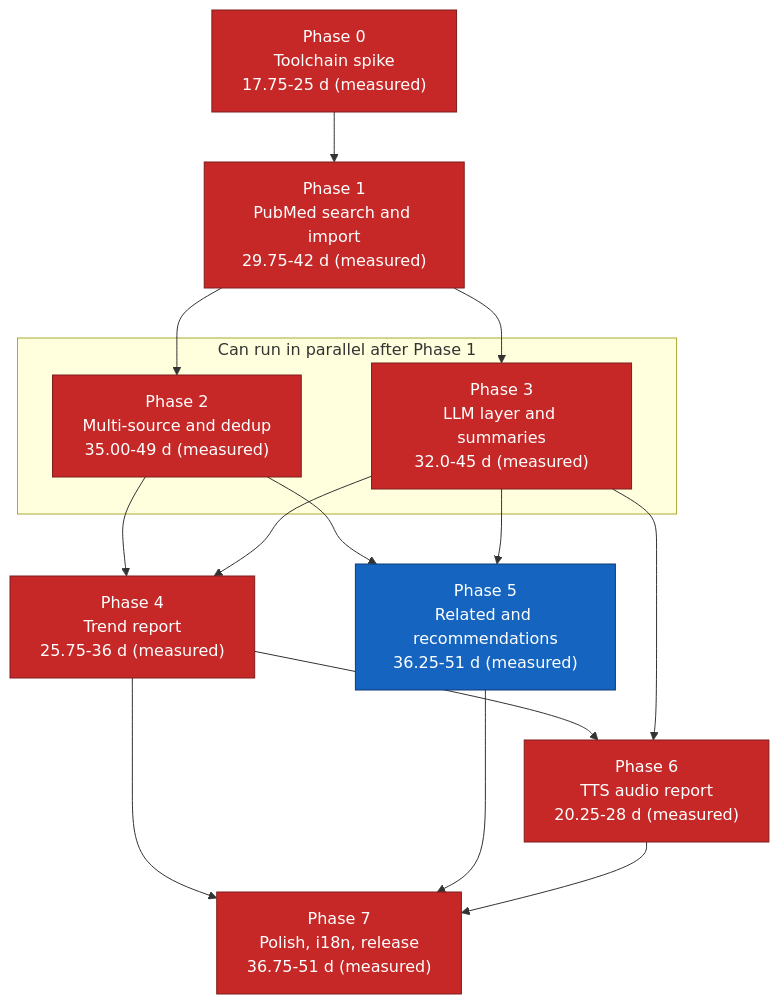
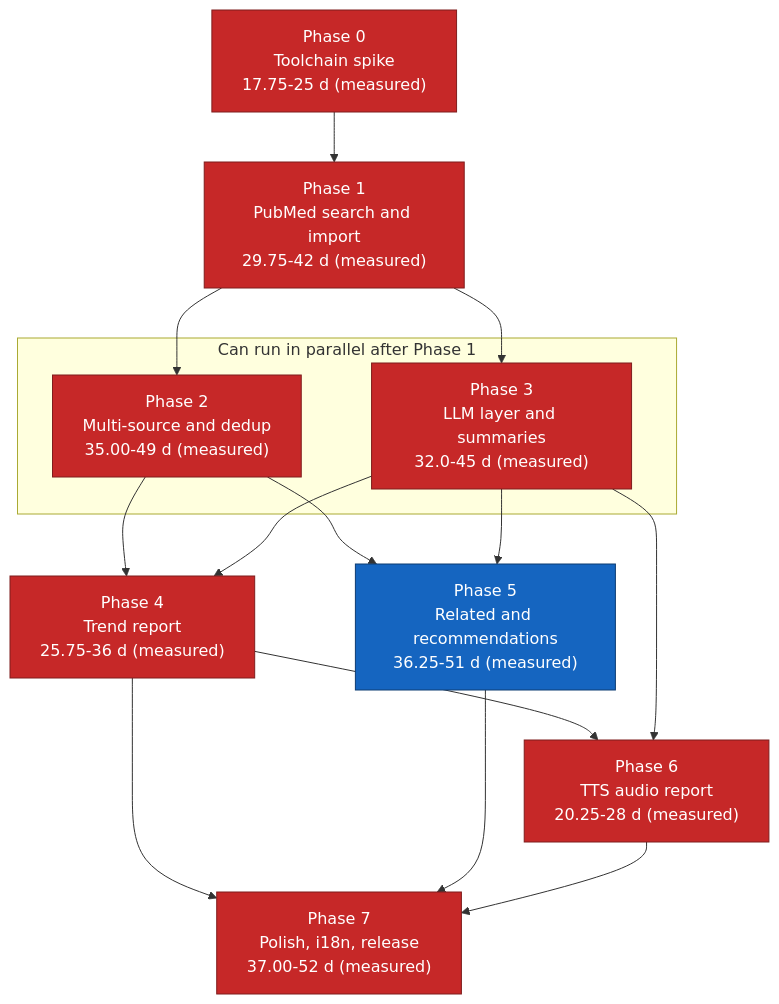
One commit to suppakoko/research_helper changed the diagram in docs/11-implementation-roadmap.md. Above: the diagram before and after it, drawn with Mermaid. The commit also changed other lines of this file and 6 other files, not shown here.

````diff
--- a/docs/11-implementation-roadmap.md
+++ b/docs/11-implementation-roadmap.md
@@ -327,34 +327,34 @@
 ```mermaid
 graph TD
     P0["Phase 0<br/>Toolchain spike<br/>17.75-25 d (measured)"]
     P1["Phase 1<br/>PubMed search and import<br/>29.75-42 d (measured)"]
     P2["Phase 2<br/>Multi-source and dedup<br/>35.00-49 d (measured)"]
     P3["Phase 3<br/>LLM layer and summaries<br/>32.0-45 d (measured)"]
     P4["Phase 4<br/>Trend report<br/>25.75-36 d (measured)"]
     P5["Phase 5<br/>Related and recommendations<br/>36.25-51 d (measured)"]
     P6["Phase 6<br/>TTS audio report<br/>20.25-28 d (measured)"]
-    P7["Phase 7<br/>Polish, i18n, release<br/>36.75-51 d (measured)"]
+    P7["Phase 7<br/>Polish, i18n, release<br/>37.00-52 d (measured)"]
 
     P0 --> P1
     P1 --> P2
     P1 --> P3
     P2 --> P4
     P3 --> P4
     P2 --> P5
     P3 --> P5
     P4 --> P6
     P3 --> P6
     P4 --> P7
     P5 --> P7
     P6 --> P7
 
     subgraph parallel["Can run in parallel after Phase 1"]
         P2
         P3
     end
 
     classDef critical fill:#c62828,stroke:#7f1d1d,color:#ffffff
     classDef normal fill:#1565c0,stroke:#0d3c73,color:#ffffff
     class P0,P1,P2,P3,P4,P6,P7 critical
     class P5 normal
 ```
````
